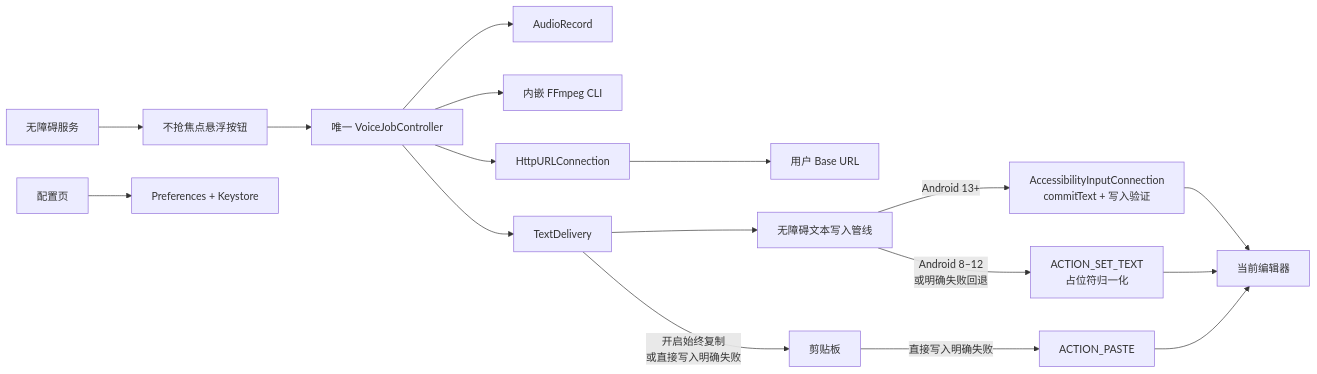
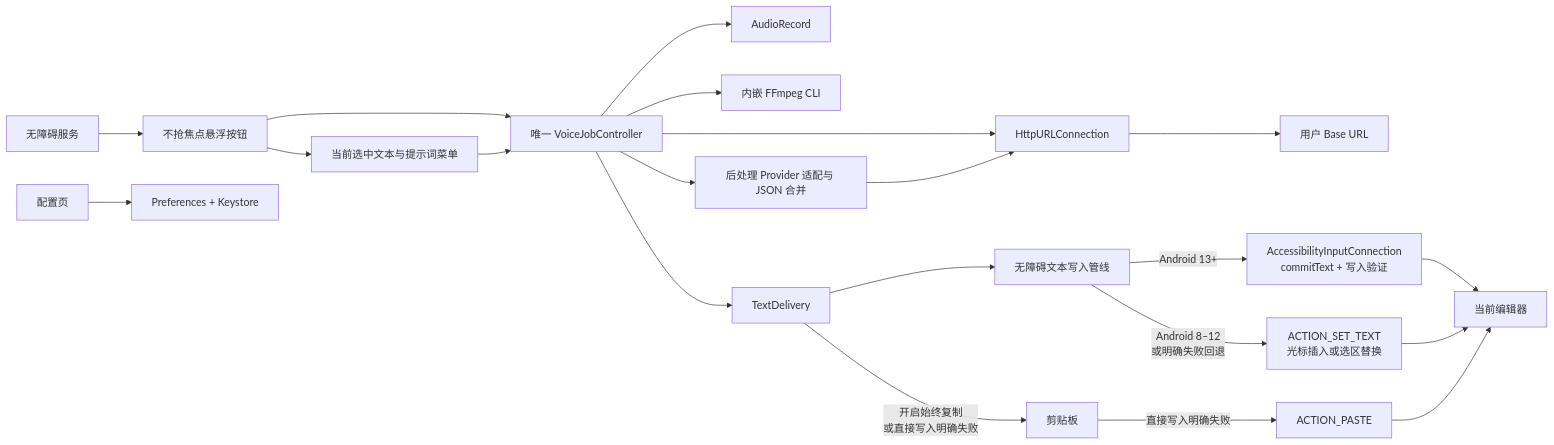
One commit to Joey-Kot/Dictate changed the first of 3 diagrams in README_ZH.md. Above: the diagram before and after it, drawn with Mermaid. The commit also changed other lines of this file and 93 other files, not shown here.

````diff
--- a/README_ZH.md
+++ b/README_ZH.md
@@ -39,19 +50,23 @@
 ```mermaid
 flowchart LR
   A["无障碍服务"] --> B["不抢焦点悬浮按钮"]
   B --> C["唯一 VoiceJobController"]
+  B --> L["当前选中文本与提示词菜单"]
+  L --> C
   C --> D["AudioRecord"]
   C --> E["内嵌 FFmpeg CLI"]
   C --> F["HttpURLConnection"]
   F --> G["用户 Base URL"]
+  C --> H["后处理 Provider 适配与 JSON 合并"]
+  H --> F
   C --> T["TextDelivery"]
   T --> W["无障碍文本写入管线"]
   W -->|"Android 13+"| M["AccessibilityInputConnection<br/>commitText + 写入验证"]
-  W -->|"Android 8–12<br/>或明确失败回退"| S["ACTION_SET_TEXT<br/>占位符归一化"]
+  W -->|"Android 8–12<br/>或明确失败回退"| S["ACTION_SET_TEXT<br/>光标插入或选区替换"]
   M --> X["当前编辑器"]
   S --> X
   T -->|"开启始终复制<br/>或直接写入明确失败"| I["剪贴板"]
   I -->|"直接写入明确失败"| P["ACTION_PASTE"]
   P --> X
   J["配置页"] --> K["Preferences + Keystore"]
 ```
````
